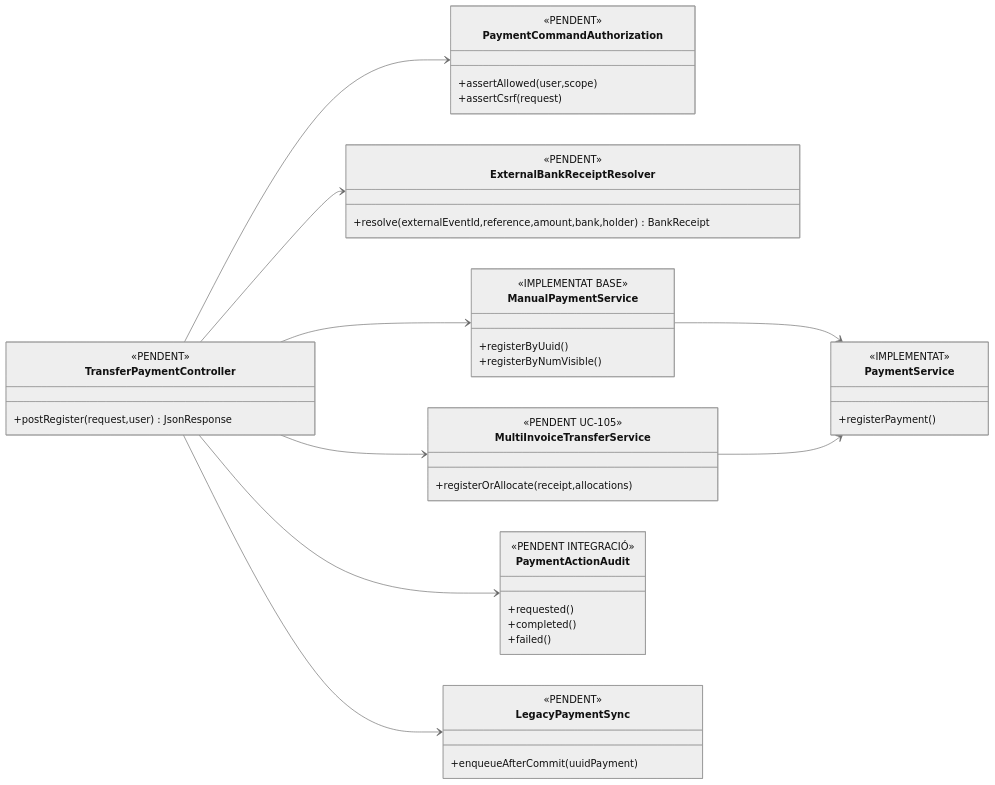
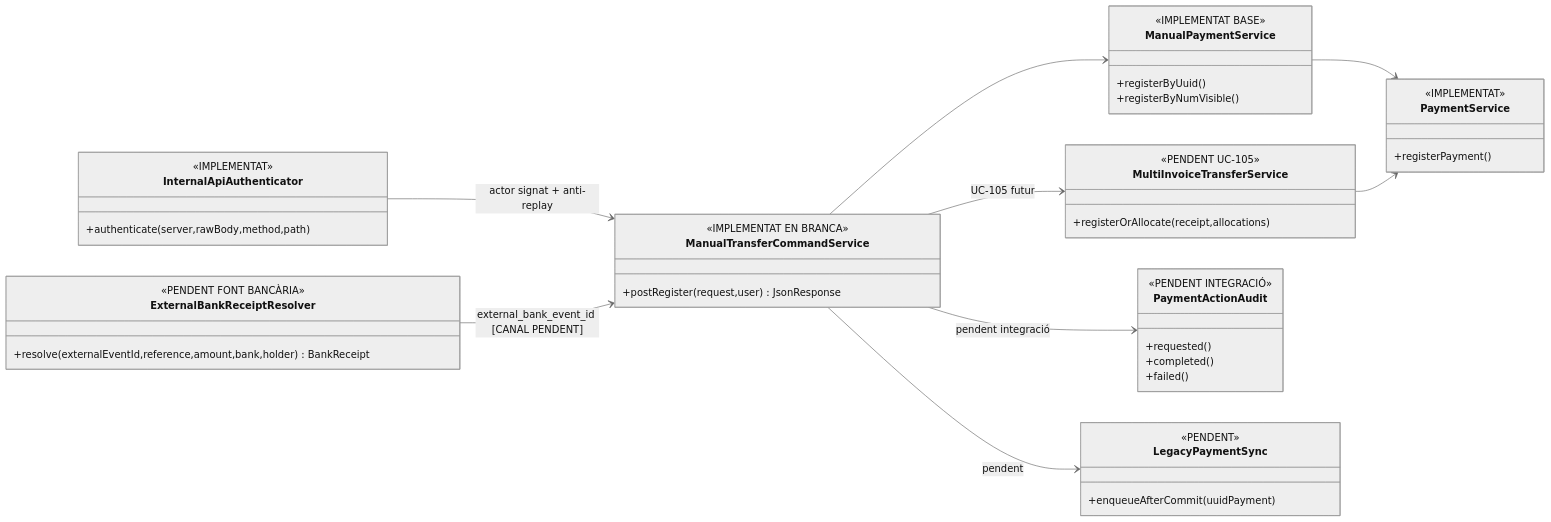
One commit to orgmeriemprismacat-del/verifactu changed the third of 3 diagrams in documentacio/07-uml-integrat/uc-022-classes-actual-final.md. Above: the diagram before and after it, drawn with Mermaid (neutral theme). The commit also changed other lines of this file, not shown here.

Commit message:
docs(uc-022): reconcile UML with secure endpoint implementation

````diff
--- a/documentacio/07-uml-integrat/uc-022-classes-actual-final.md
+++ b/documentacio/07-uml-integrat/uc-022-classes-actual-final.md
@@ -79,48 +79,47 @@
 ```mermaid
 classDiagram
 direction LR
-class TransferPaymentController {
- <<PENDENT>>
+class ManualTransferCommandService {
+ <<IMPLEMENTAT EN BRANCA>>
  +postRegister(request,user) JsonResponse
 }
-class PaymentCommandAuthorization {
- <<PENDENT>>
- +assertAllowed(user,scope)
- +assertCsrf(request)
+class InternalApiAuthenticator {
+ <<IMPLEMENTAT>>
+ +authenticate(server,rawBody,method,path)
 }
 class ExternalBankReceiptResolver {
- <<PENDENT>>
+ <<PENDENT FONT BANCÀRIA>>
  +resolve(externalEventId,reference,amount,bank,holder) BankReceipt
 }
 class ManualPaymentService {
  <<IMPLEMENTAT BASE>>
  +registerByUuid()
  +registerByNumVisible()
 }
 class MultiInvoiceTransferService {
  <<PENDENT UC-105>>
  +registerOrAllocate(receipt,allocations)
 }
 class PaymentService {
  <<IMPLEMENTAT>>
  +registerPayment()
 }
 class PaymentActionAudit {
  <<PENDENT INTEGRACIÓ>>
  +requested()
  +completed()
  +failed()
 }
 class LegacyPaymentSync {
  <<PENDENT>>
  +enqueueAfterCommit(uuidPayment)
 }
-TransferPaymentController --> PaymentCommandAuthorization
-TransferPaymentController --> ExternalBankReceiptResolver
-TransferPaymentController --> ManualPaymentService
-TransferPaymentController --> MultiInvoiceTransferService
+ManualTransferCommandService --> ManualPaymentService
+InternalApiAuthenticator --> ManualTransferCommandService : actor signat + anti-replay
+ExternalBankReceiptResolver --> ManualTransferCommandService : external_bank_event_id [CANAL PENDENT]
+ManualTransferCommandService --> MultiInvoiceTransferService : UC-105 futur
 ManualPaymentService --> PaymentService
 MultiInvoiceTransferService --> PaymentService
-TransferPaymentController --> PaymentActionAudit
-TransferPaymentController --> LegacyPaymentSync
+ManualTransferCommandService --> PaymentActionAudit : pendent integració
+ManualTransferCommandService --> LegacyPaymentSync : pendent
 ```
````
